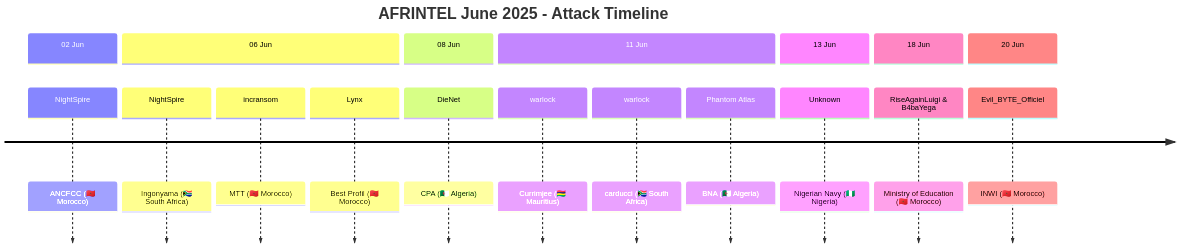
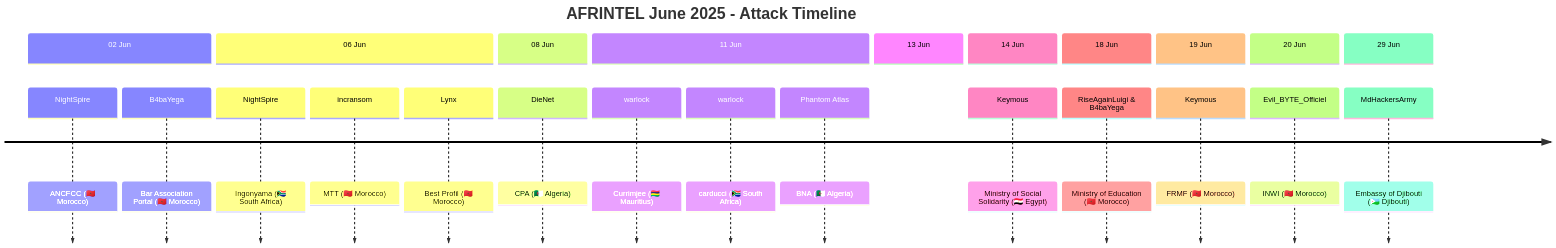
Before and after one commit to Hatchepsoute/AFRINTEL: the fifth of 5 diagrams in CyberAttackAfrica/2025/06-june/README.md, drawn with Mermaid. The commit also changed other lines of this file and 255 other files, not shown here.

````diff
--- a/CyberAttackAfrica/2025/06-june/README.md
+++ b/CyberAttackAfrica/2025/06-june/README.md
@@ -158,23 +193,29 @@
 ```mermaid
 timeline
     title AFRINTEL June 2025 - Attack Timeline
 
     section 02 Jun
         NightSpire : ANCFCC (🇲🇦 Morocco)
+        B4baYega : Bar Association Portal (🇲🇦 Morocco)
     section 06 Jun
         NightSpire : Ingonyama (🇿🇦 South Africa)
         incransom : MTT (🇲🇦 Morocco)
         Lynx : Best Profil (🇲🇦 Morocco)
     section 08 Jun
         DieNet : CPA (🇩🇿 Algeria)
     section 11 Jun
         warlock : Currimjee (🇲🇺 Mauritius)
         warlock : carducci (🇿🇦 South Africa)
         Phantom Atlas : BNA (🇩🇿 Algeria)
     section 13 Jun
-        Unknown : Nigerian Navy (🇳🇬 Nigeria)
+    section 14 Jun
+        Keymous : Ministry of Social Solidarity (🇪🇬 Egypt)
     section 18 Jun
         RiseAgainLuigi & B4baYega : Ministry of Education (🇲🇦 Morocco)
+    section 19 Jun
+        Keymous : FRMF (🇲🇦 Morocco)
     section 20 Jun
         Evil_BYTE_Officiel : INWI (🇲🇦 Morocco)
+    section 29 Jun
+        MdHackersArmy : Embassy of Djibouti (🇩🇯 Djibouti)
 ```
````
